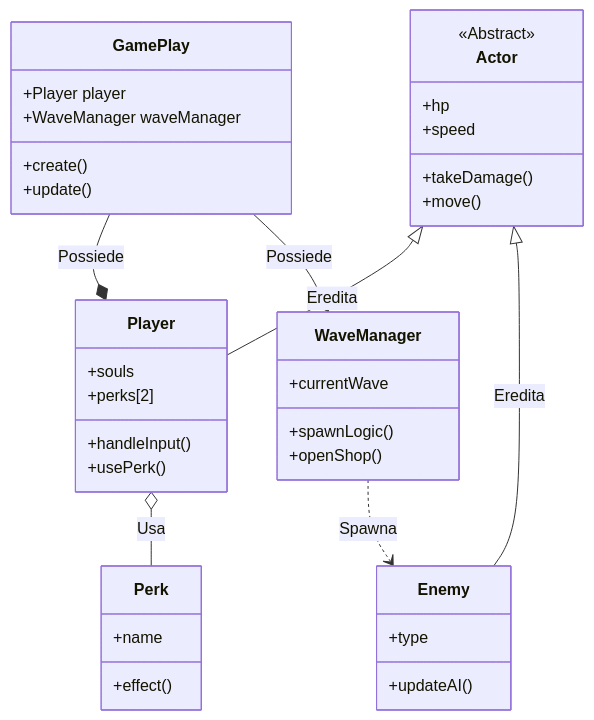
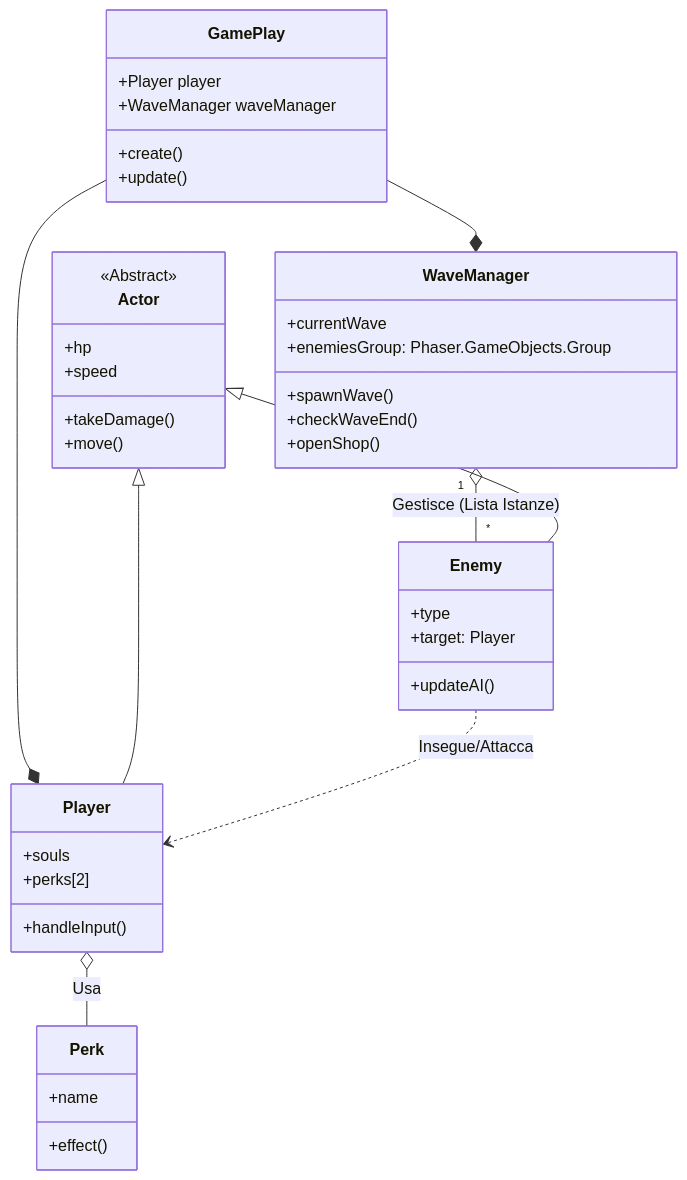
Before and after one commit to danataa/phaser_game_2026: the diagram in resource/info/class_diagram.md, drawn with Mermaid. The commit also changed other lines of this file, not shown here.

Commit message:
Class diagram modificato: resource/info/class_diagram.md

````diff
--- a/resource/info/class_diagram.md
+++ b/resource/info/class_diagram.md
@@ -7,47 +9,50 @@
 ```mermaid
 classDiagram
     class GamePlay {
         +Player player
         +WaveManager waveManager
         +create()
         +update()
     }
 
     class Actor {
         <<Abstract>>
         +hp
         +speed
         +takeDamage()
         +move()
     }
 
     class Player {
         +souls
         +perks[2]
         +handleInput()
-        +usePerk()
     }
 
     class Enemy {
         +type
+        +target: Player
         +updateAI()
     }
 
     class WaveManager {
         +currentWave
-        +spawnLogic()
+        +enemiesGroup: Phaser.GameObjects.Group
+        +spawnWave()
+        +checkWaveEnd()
         +openShop()
     }
 
     class Perk {
         +name
         +effect()
     }
 
-    GamePlay --* Player : Possiede
-    GamePlay --* WaveManager : Possiede
-    Actor <|-- Player : Eredita
-    Actor <|-- Enemy : Eredita
+    GamePlay --* Player : 
+    GamePlay --* WaveManager : 
+    WaveManager "1" o-- "*" Enemy : Gestisce (Lista Istanze)
+    Actor <|-- Player : 
+    Actor <|-- Enemy : 
     Player o-- Perk : Usa
-    WaveManager ..> Enemy : Spawna
+    Enemy ..> Player : Insegue/Attacca
 ```
````
